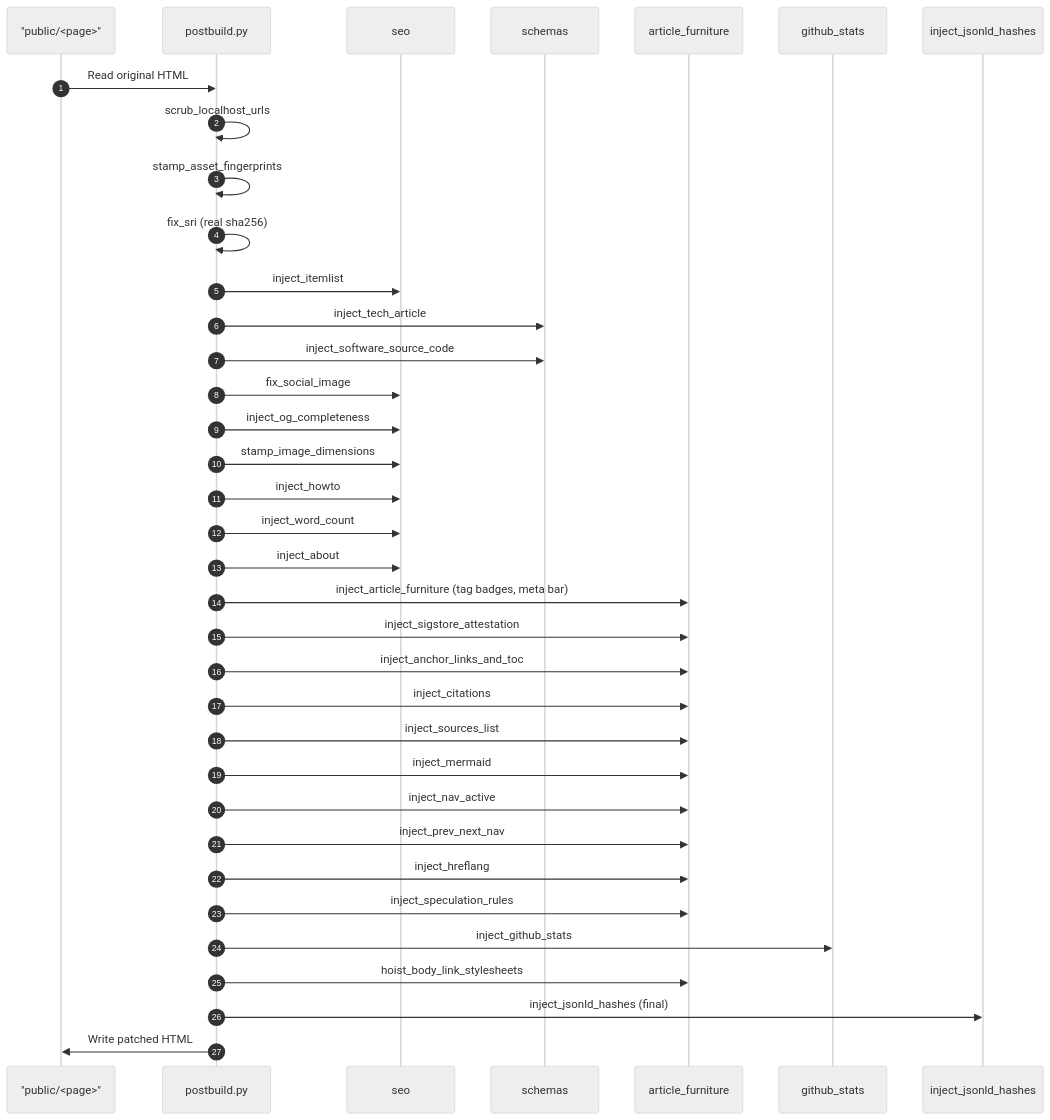
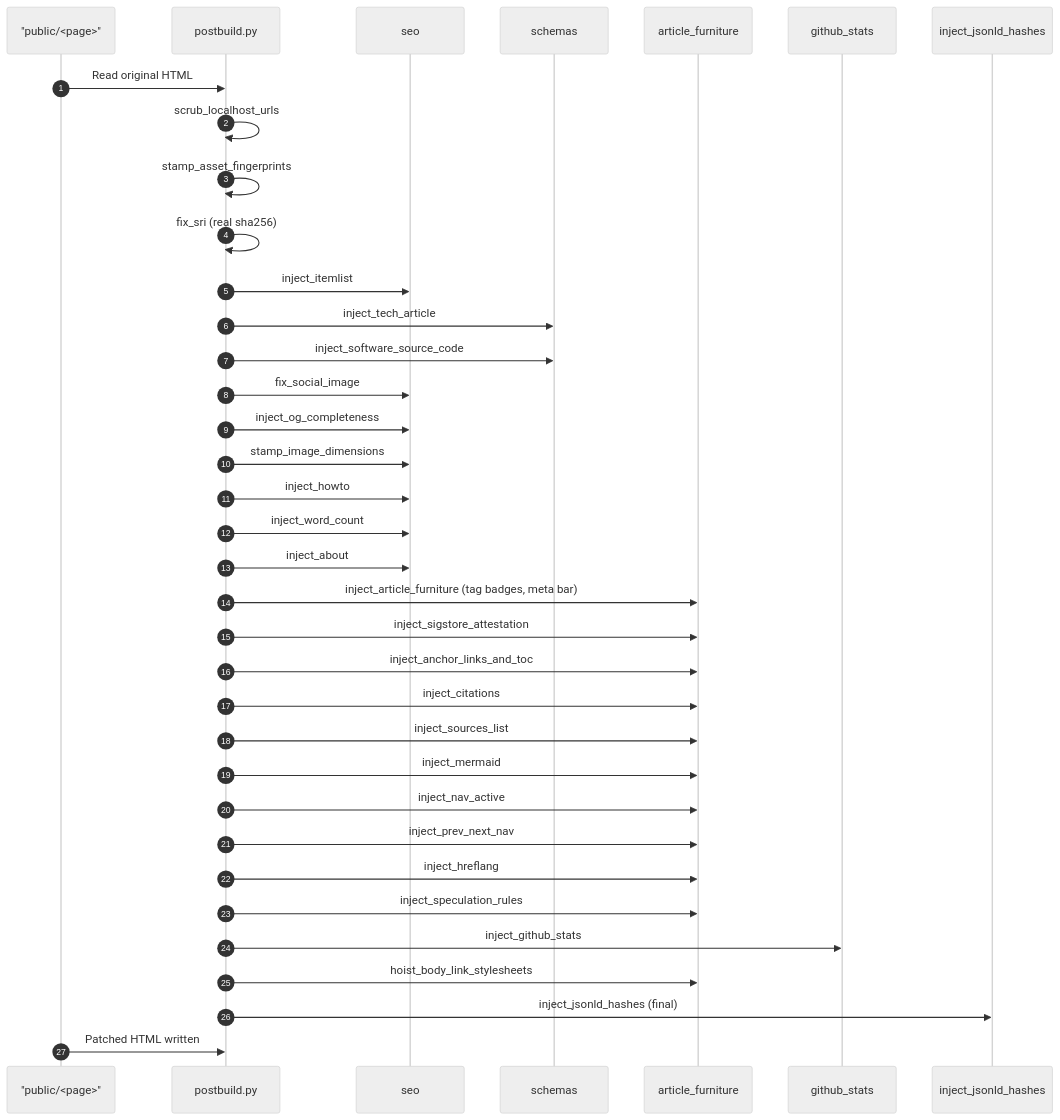
The third of 4 diagrams in project-docs/ARCHITECTURE.md (sebastienrousseau/sebastienrousseau.github.io), drawn with Mermaid before and after one commit. The commit also changed other lines of this file and 3817 other files, not shown here.

````diff
--- a/project-docs/ARCHITECTURE.md
+++ b/project-docs/ARCHITECTURE.md
@@ -183,40 +157,40 @@
 ```mermaid
 %%{init: {'theme':'neutral'} }%%
 sequenceDiagram
  autonumber
  participant FS as "public/<page>"
  participant PB as postbuild.py
  participant SEO as seo
  participant SC as schemas
  participant AF as article_furniture
  participant GH as github_stats
  participant CSP as inject_jsonld_hashes
 
  FS->>PB: Read original HTML
  PB->>PB: scrub_localhost_urls
  PB->>PB: stamp_asset_fingerprints
  PB->>PB: fix_sri (real sha256)
  PB->>SEO: inject_itemlist
  PB->>SC: inject_tech_article
  PB->>SC: inject_software_source_code
  PB->>SEO: fix_social_image
  PB->>SEO: inject_og_completeness
  PB->>SEO: stamp_image_dimensions
  PB->>SEO: inject_howto
  PB->>SEO: inject_word_count
  PB->>SEO: inject_about
  PB->>AF: inject_article_furniture (tag badges, meta bar)
  PB->>AF: inject_sigstore_attestation
  PB->>AF: inject_anchor_links_and_toc
  PB->>AF: inject_citations
  PB->>AF: inject_sources_list
  PB->>AF: inject_mermaid
  PB->>AF: inject_nav_active
  PB->>AF: inject_prev_next_nav
  PB->>AF: inject_hreflang
  PB->>AF: inject_speculation_rules
  PB->>GH: inject_github_stats
  PB->>AF: hoist_body_link_stylesheets
  PB->>CSP: inject_jsonld_hashes (final)
- PB->>FS: Write patched HTML
-```
+ FS->>PB: Patched HTML written
+ ```
````
